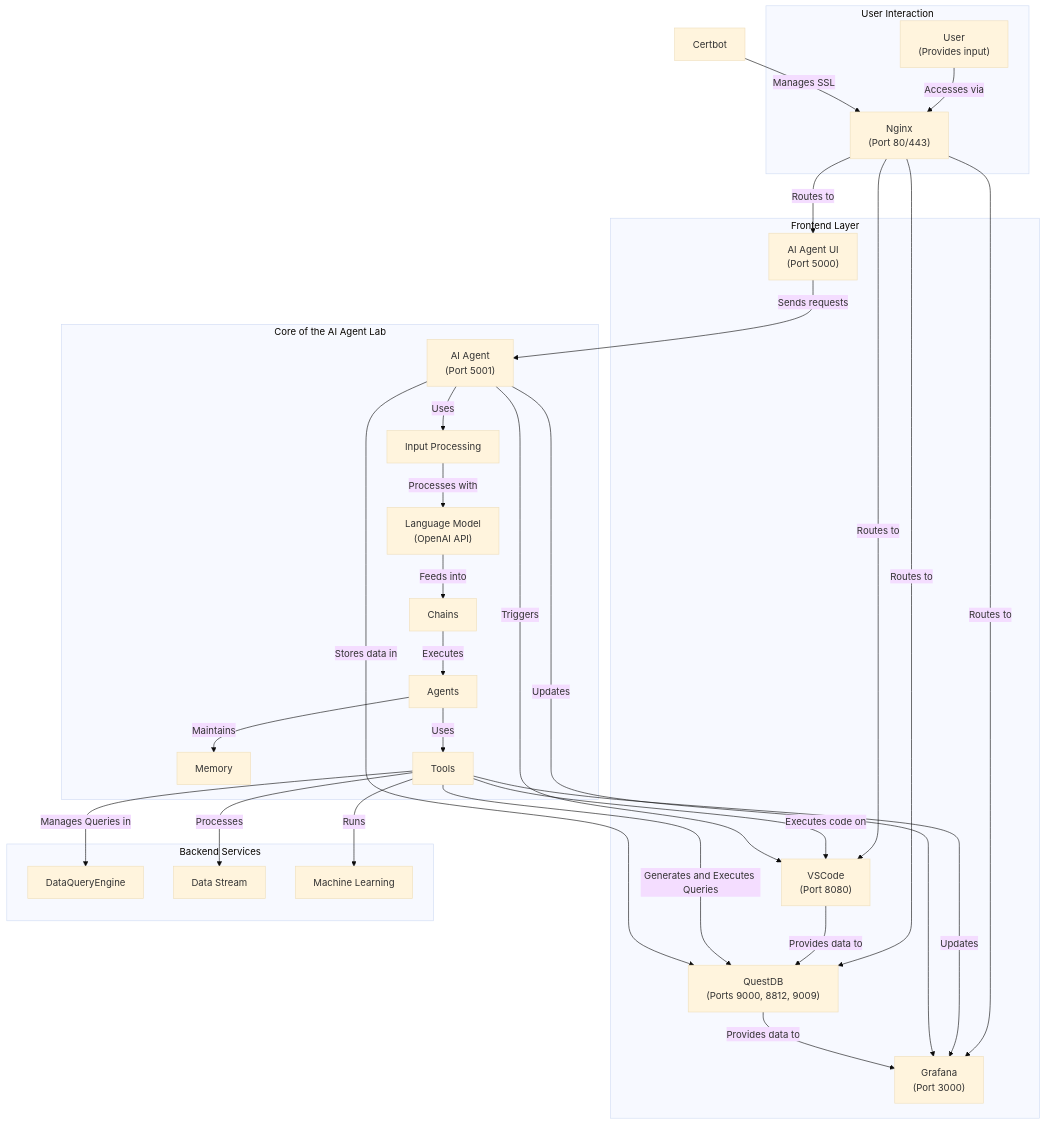
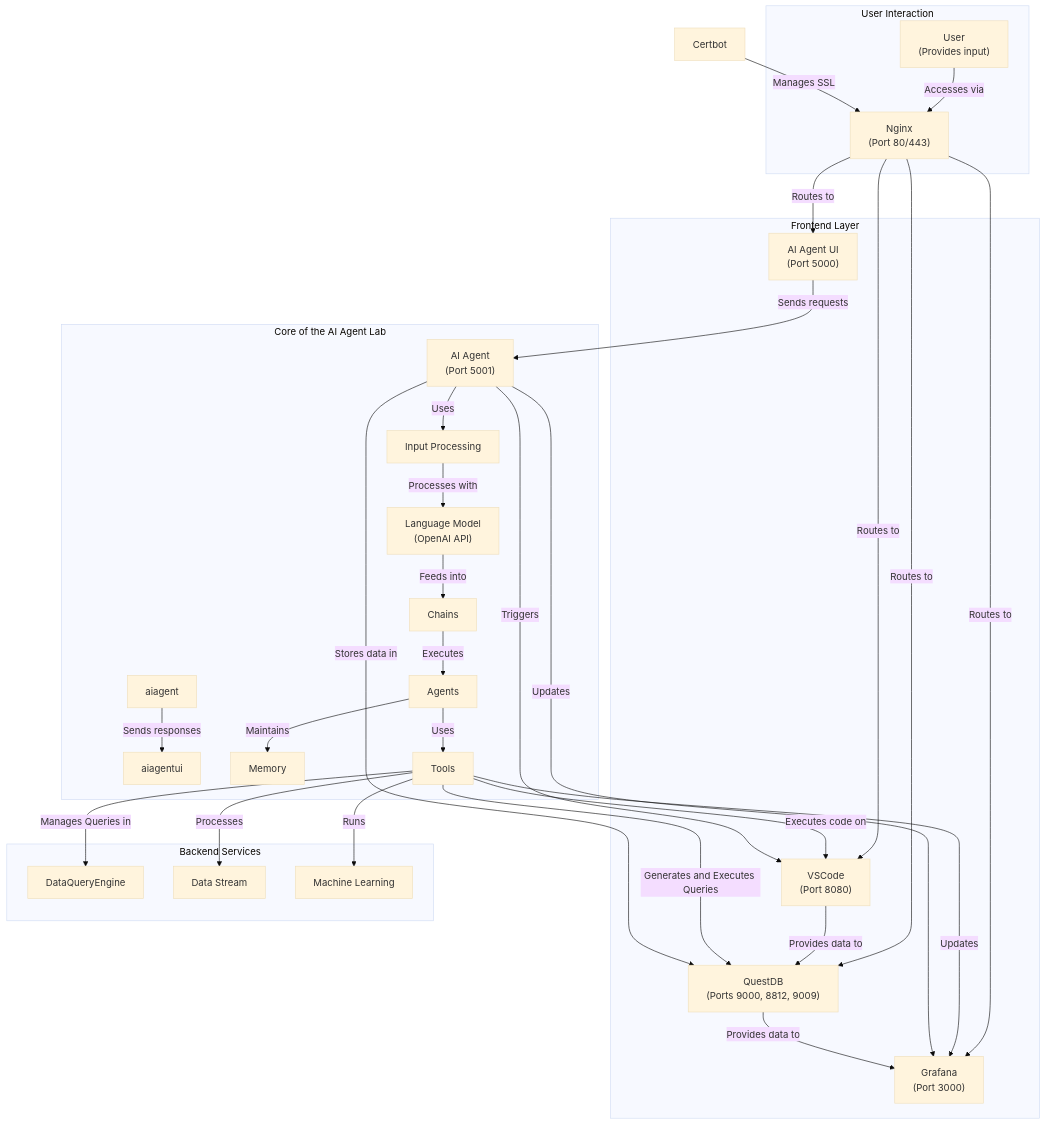
One commit to quantiota/AI-Agent-Lab changed the second of 6 diagrams in docs/architecture/langchain-diagram.md. Above: the diagram before and after it, drawn with Mermaid.

````diff
--- a/docs/architecture/langchain-diagram.md
+++ b/docs/architecture/langchain-diagram.md
@@ -60,53 +60,54 @@
 ```mermaid
 ---
 config:
   look: classic
   theme: base
   layout: dagre
 ---
 
 
 graph TD
   %% User and Frontend Layer
   subgraph User_Interaction["User Interaction"]
     User["User<br>(Provides input)"] -->|Accesses via| Nginx["Nginx<br>(Port 80/443)"]
   end
 
   subgraph Frontend["Frontend Layer"]
     Nginx -->|Routes to| AgentUI["AI Agent UI<br>(Port 5000)"]
     Nginx -->|Routes to| VSCode["VSCode<br>(Port 8080)"]
     Nginx -->|Routes to| Grafana["Grafana<br>(Port 3000)"]
     Nginx -->|Routes to| QuestDB["QuestDB<br>(Ports 9000, 8812, 9009)"]
   end
 
   %% AI & LangChain Workflow
   subgraph AI_Workflow["Core of the AI Agent Lab"]
     AgentUI -->|Sends requests| AIAgent["AI Agent<br>(Port 5001)"]
+    aiagent -->|Sends responses| aiagentui
     AIAgent -->|Uses| InputProcessing["Input Processing"]
     InputProcessing -->|Processes with| LLM["Language Model<br>(OpenAI API)"]
     LLM -->|Feeds into| Chains["Chains"]
     Chains -->|Executes| Agents["Agents"]
     Agents -->|Maintains| Memory["Memory"]
     Agents -->|Uses| Tools["Tools"]
   end
 
   %% Backend Services
   subgraph Backend["Backend Services"]
   
     Tools -->|Executes code on| VSCode
     VSCode -->|Provides data to| QuestDB
     Tools -->|Generates and Executes Queries| QuestDB
     Tools -->|Updates| Grafana
     Tools -->|Manages Queries in| DataQueryEngine["DataQueryEngine"]
     Tools -->|Processes| DataStream["Data Stream"]
     Tools -->|Runs| ML["Machine Learning"]
   end
 
   %% Additional Interactions and Security
   AIAgent -->|Stores data in| QuestDB
   AIAgent -->|Updates| Grafana
   AIAgent -->|Triggers| VSCode
   QuestDB -->|Provides data to| Grafana
 
   Certbot["Certbot"] -->|Manages SSL| Nginx
 ```
````
